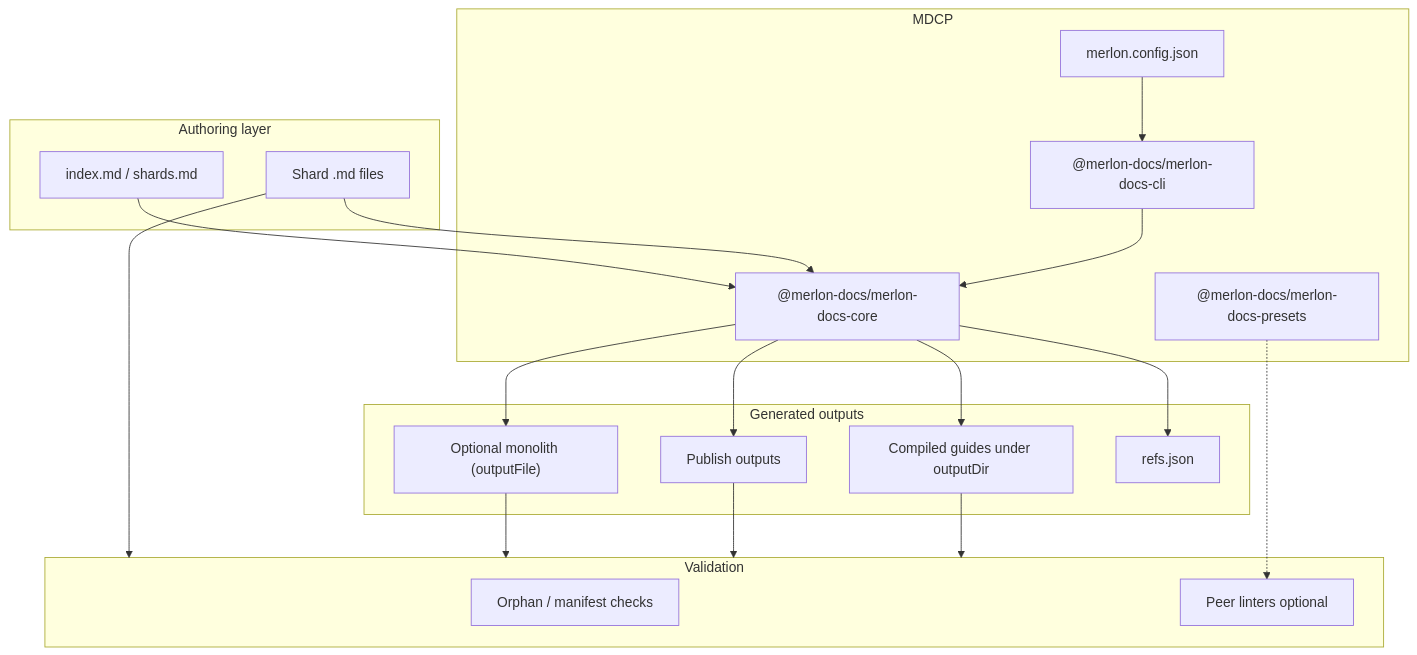
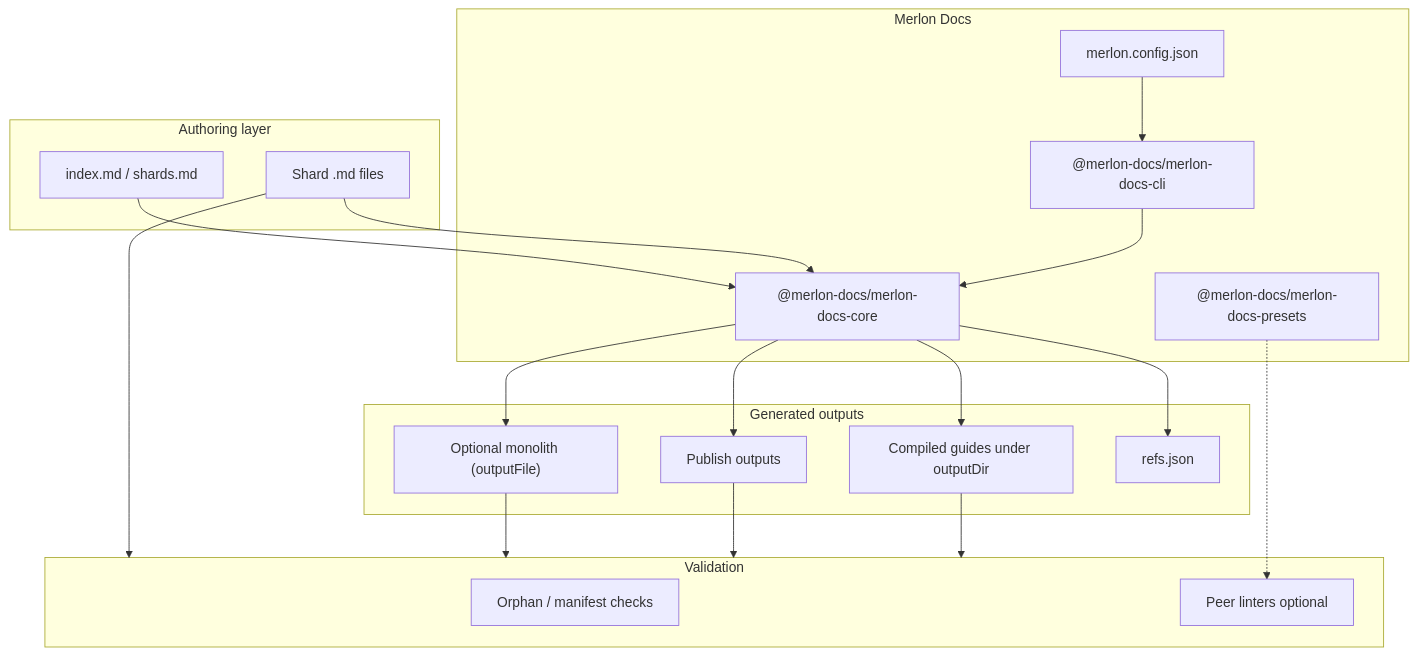
Before and after one commit to Merlon-Docs/merlon: the diagram in docs/features/overview.md, drawn with Mermaid. The commit also changed other lines of this file and 208 other files, not shown here.

````diff
--- a/docs/features/overview.md
+++ b/docs/features/overview.md
@@ -35,40 +35,40 @@
 ```mermaid
 flowchart TB
   subgraph author["Authoring layer"]
     shards["Shard .md files"]
     index["index.md / shards.md"]
   end
 
-  subgraph mdcp["MDCP"]
+  subgraph merlon["Merlon Docs"]
     cli["@merlon-docs/merlon-docs-cli"]
     core["@merlon-docs/merlon-docs-core"]
     presets["@merlon-docs/merlon-docs-presets"]
     config["merlon.config.json"]
   end
 
   subgraph outputs["Generated outputs"]
     compiled["Compiled guides under outputDir"]
     publish["Publish outputs"]
     monolith["Optional monolith (outputFile)"]
     refs["refs.json"]
   end
 
   subgraph validate["Validation"]
     orphans["Orphan / manifest checks"]
     peers["Peer linters optional"]
   end
 
   config --> cli
   cli --> core
   presets -.-> peers
   shards --> core
   index --> core
   core --> compiled
   core --> publish
   core --> monolith
   core --> refs
   compiled --> validate
   publish --> validate
   monolith --> validate
   shards --> validate
 ```
````
